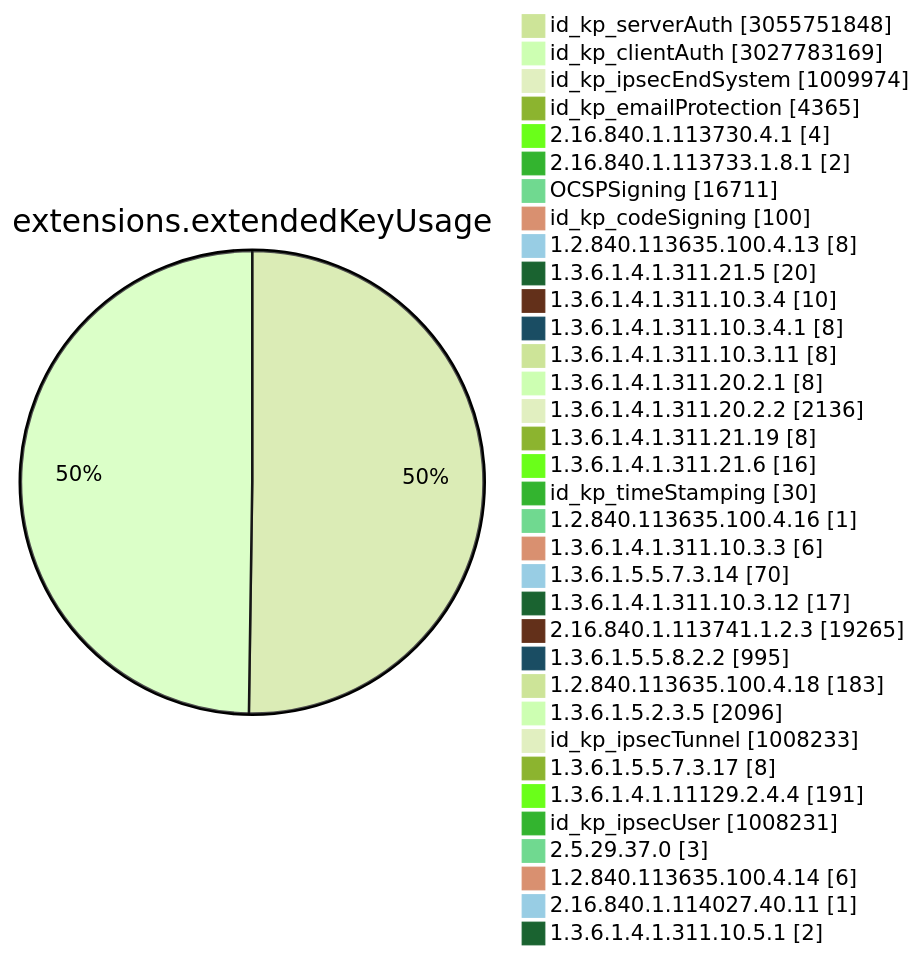
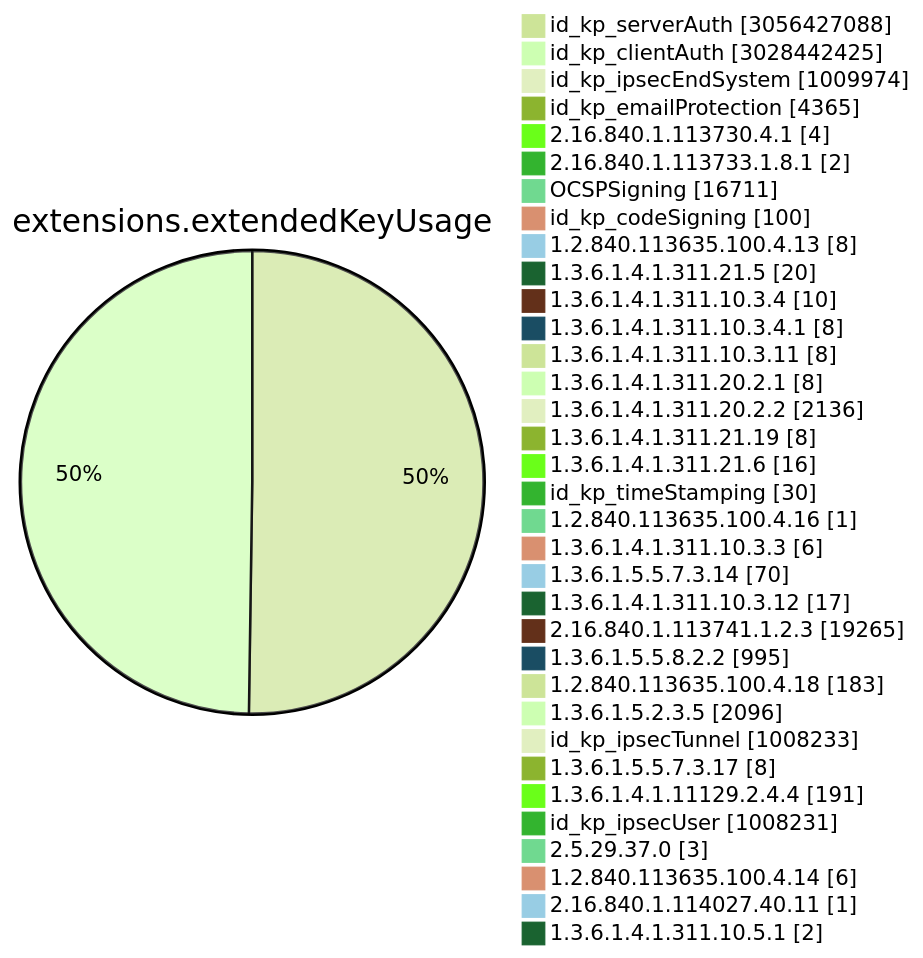
Diagram 11 of 15 in TOTAL/README.md (christiankrug/ctmonitor_visualization), drawn with Mermaid (forest theme) before and after one commit. The commit also changed other lines of this file, not shown here.

````diff
--- a/TOTAL/README.md
+++ b/TOTAL/README.md
@@ -4117,38 +4117,38 @@
 ```mermaid
 pie showData
 title extensions.extendedKeyUsage
-"id_kp_serverAuth" :3055751848
-"id_kp_clientAuth" :3027783169
+"id_kp_serverAuth" :3056427088
+"id_kp_clientAuth" :3028442425
 "id_kp_ipsecEndSystem" :1009974
 "id_kp_emailProtection" :4365
 "2.16.840.1.113730.4.1" :4
 "2.16.840.1.113733.1.8.1" :2
 "OCSPSigning" :16711
 "id_kp_codeSigning" :100
 "1.2.840.113635.100.4.13" :8
 "1.3.6.1.4.1.311.21.5" :20
 "1.3.6.1.4.1.311.10.3.4" :10
 "1.3.6.1.4.1.311.10.3.4.1" :8
 "1.3.6.1.4.1.311.10.3.11" :8
 "1.3.6.1.4.1.311.20.2.1" :8
 "1.3.6.1.4.1.311.20.2.2" :2136
 "1.3.6.1.4.1.311.21.19" :8
 "1.3.6.1.4.1.311.21.6" :16
 "id_kp_timeStamping" :30
 "1.2.840.113635.100.4.16" :1
 "1.3.6.1.4.1.311.10.3.3" :6
 "1.3.6.1.5.5.7.3.14" :70
 "1.3.6.1.4.1.311.10.3.12" :17
 "2.16.840.1.113741.1.2.3" :19265
 "1.3.6.1.5.5.8.2.2" :995
 "1.2.840.113635.100.4.18" :183
 "1.3.6.1.5.2.3.5" :2096
 "id_kp_ipsecTunnel" :1008233
 "1.3.6.1.5.5.7.3.17" :8
 "1.3.6.1.4.1.11129.2.4.4" :191
 "id_kp_ipsecUser" :1008231
 "2.5.29.37.0" :3
 "1.2.840.113635.100.4.14" :6
 "2.16.840.1.114027.40.11" :1
 "1.3.6.1.4.1.311.10.5.1" :2
 ```
````
